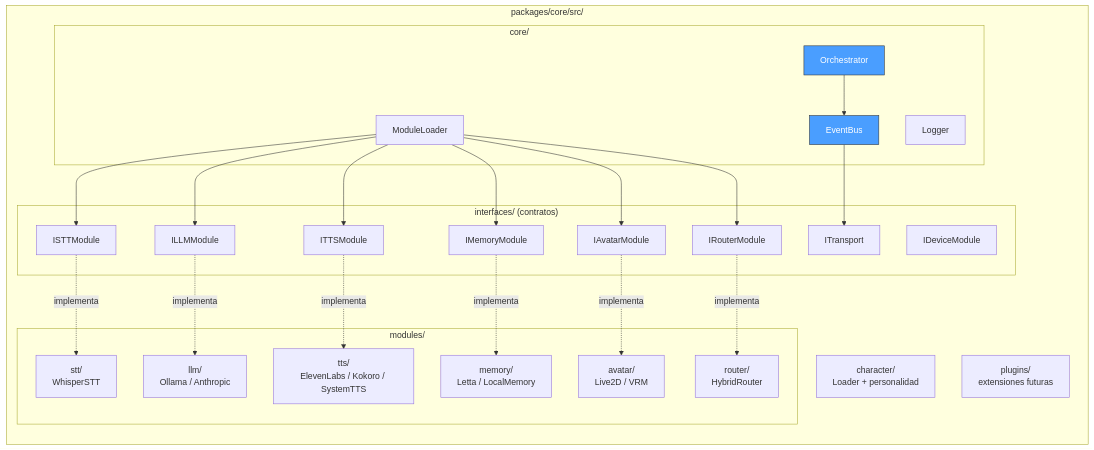
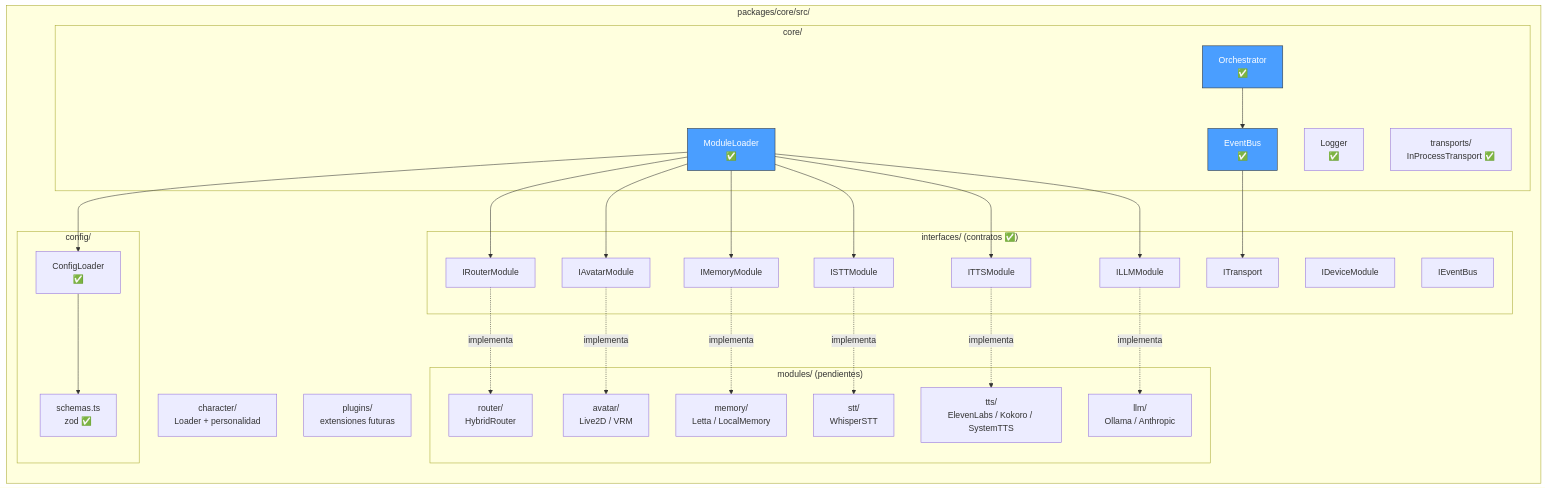
Before and after one commit to Pipelol0723/proyecto-shiro: the second of 4 diagrams in docs/architecture.md, drawn with Mermaid. The commit also changed other lines of this file and 3 other files, not shown here.

````diff
--- a/docs/architecture.md
+++ b/docs/architecture.md
@@ -56,54 +62,65 @@
 ```mermaid
 graph LR
     subgraph "packages/core/src/"
         subgraph "core/"
-            EventBus[EventBus]
-            Orchestrator[Orchestrator]
-            ModuleLoader[ModuleLoader]
-            Logger[Logger]
+            EventBus[EventBus<br>✅]
+            Orchestrator[Orchestrator<br>✅]
+            ModuleLoader[ModuleLoader<br>✅]
+            Logger[Logger<br>✅]
+            Transports[transports/<br>InProcessTransport ✅]
         end
 
-        subgraph "interfaces/ (contratos)"
+        subgraph "config/"
+            Schemas[schemas.ts<br>zod ✅]
+            ConfigLoader[ConfigLoader<br>✅]
+        end
+
+        subgraph "interfaces/ (contratos ✅)"
             ILLM[ILLMModule]
             ITTS[ITTSModule]
             ISTT[ISTTModule]
             IMem[IMemoryModule]
             IAv[IAvatarModule]
             IRou[IRouterModule]
             IDev[IDeviceModule]
             ITrans[ITransport]
+            IBus[IEventBus]
         end
 
-        subgraph "modules/"
+        subgraph "modules/ (pendientes)"
             STT[stt/<br>WhisperSTT]
             TTS[tts/<br>ElevenLabs / Kokoro / SystemTTS]
             LLM[llm/<br>Ollama / Anthropic]
             Mem[memory/<br>Letta / LocalMemory]
             Av[avatar/<br>Live2D / VRM]
             Rou[router/<br>HybridRouter]
         end
 
         Character[character/<br>Loader + personalidad]
         Plugins[plugins/<br>extensiones futuras]
     end
 
     ModuleLoader --> ILLM
     ModuleLoader --> ITTS
     ModuleLoader --> ISTT
     ModuleLoader --> IMem
     ModuleLoader --> IAv
     ModuleLoader --> IRou
 
+    ConfigLoader --> Schemas
+    ModuleLoader --> ConfigLoader
+
     ILLM -.implementa.-> LLM
     ITTS -.implementa.-> TTS
     ISTT -.implementa.-> STT
     IMem -.implementa.-> Mem
     IAv -.implementa.-> Av
     IRou -.implementa.-> Rou
 
     Orchestrator --> EventBus
     EventBus --> ITrans
 
     style EventBus fill:#4a9eff,stroke:#333,color:#fff
     style Orchestrator fill:#4a9eff,stroke:#333,color:#fff
+    style ModuleLoader fill:#4a9eff,stroke:#333,color:#fff
 ```
````
